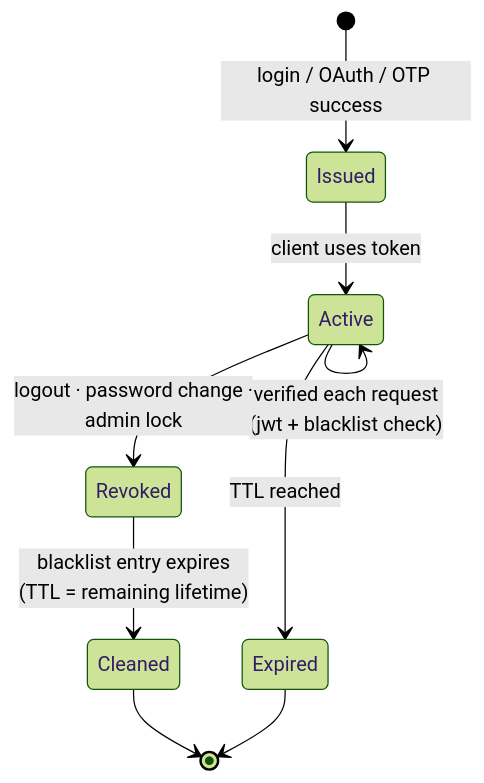
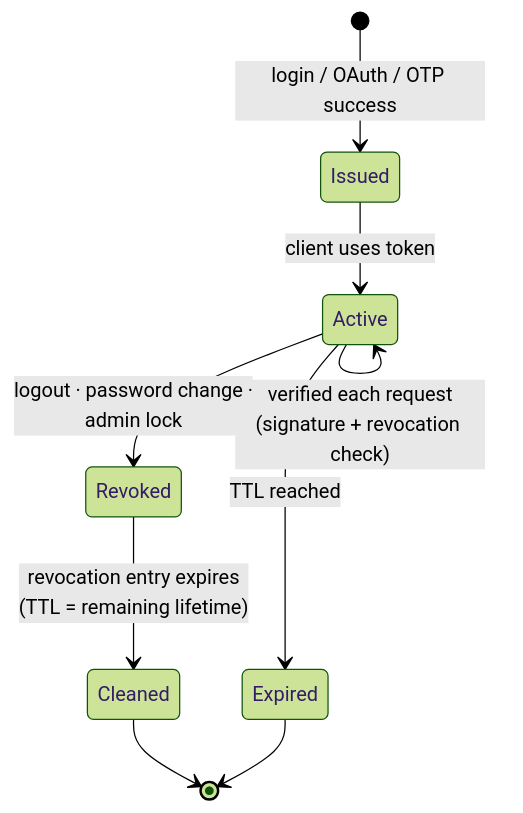
Before and after one commit to MinhThienNguyen040905/SE356---He-thong-phong-kham: diagram 11 of 11 in Docs/ADD.md, drawn with Mermaid (forest theme). The commit also changed other lines of this file, not shown here.

````diff
--- a/Docs/ADD.md
+++ b/Docs/ADD.md
@@ -839,11 +847,11 @@
 ```mermaid
 stateDiagram-v2
     [*] --> Issued: login / OAuth / OTP success
     Issued --> Active: client uses token
-    Active --> Active: verified each request<br/>(jwt + blacklist check)
+    Active --> Active: verified each request<br/>(signature + revocation check)
     Active --> Revoked: logout · password change ·<br/>admin lock
     Active --> Expired: TTL reached
-    Revoked --> Cleaned: blacklist entry expires<br/>(TTL = remaining lifetime)
+    Revoked --> Cleaned: revocation entry expires<br/>(TTL = remaining lifetime)
     Cleaned --> [*]
     Expired --> [*]
 ```
````
